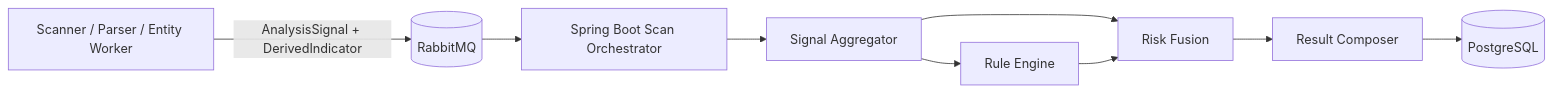
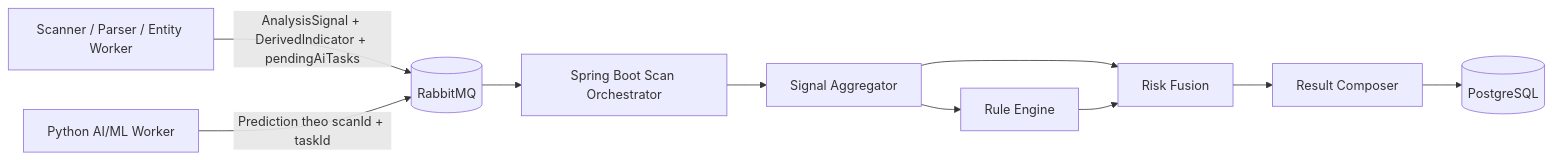
Diagram 11 of 11 in architectures/architecture_v3.1.md (KLTN-2023-HCMSU/document), drawn with Mermaid before and after one commit. The commit also changed other lines of this file and 8 other files, not shown here.

````diff
--- a/architectures/architecture_v3.1.md
+++ b/architectures/architecture_v3.1.md
@@ -1127,11 +1361,12 @@
 ```mermaid
 flowchart LR
-    Worker[Scanner / Parser / Entity Worker] -->|AnalysisSignal + DerivedIndicator| MQ[(RabbitMQ)]
+    Worker[Scanner / Parser / Entity Worker] -->|AnalysisSignal + DerivedIndicator + pendingAiTasks| MQ[(RabbitMQ)]
+    AIWorker[Python AI/ML Worker] -->|Prediction theo scanId + taskId| MQ
     MQ --> Backend[Spring Boot Scan Orchestrator]
     Backend --> Aggregator[Signal Aggregator]
     Aggregator --> Rule[Rule Engine]
     Aggregator --> Fusion[Risk Fusion]
     Rule --> Fusion
     Fusion --> Composer[Result Composer]
     Composer --> DB[(PostgreSQL)]
 ```
````
